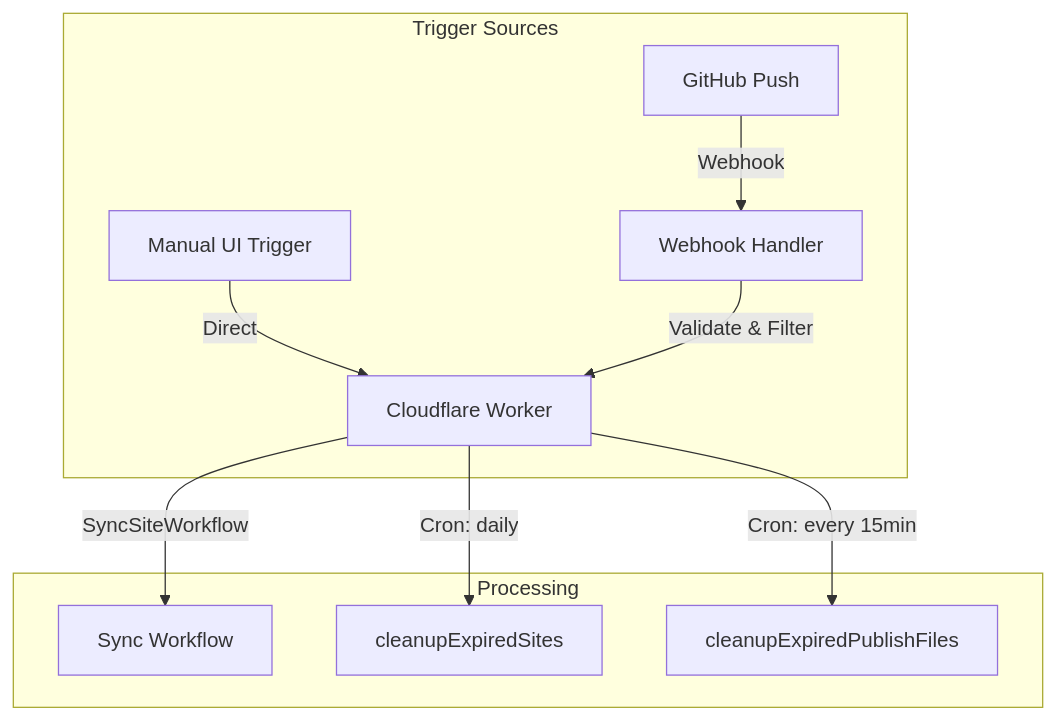
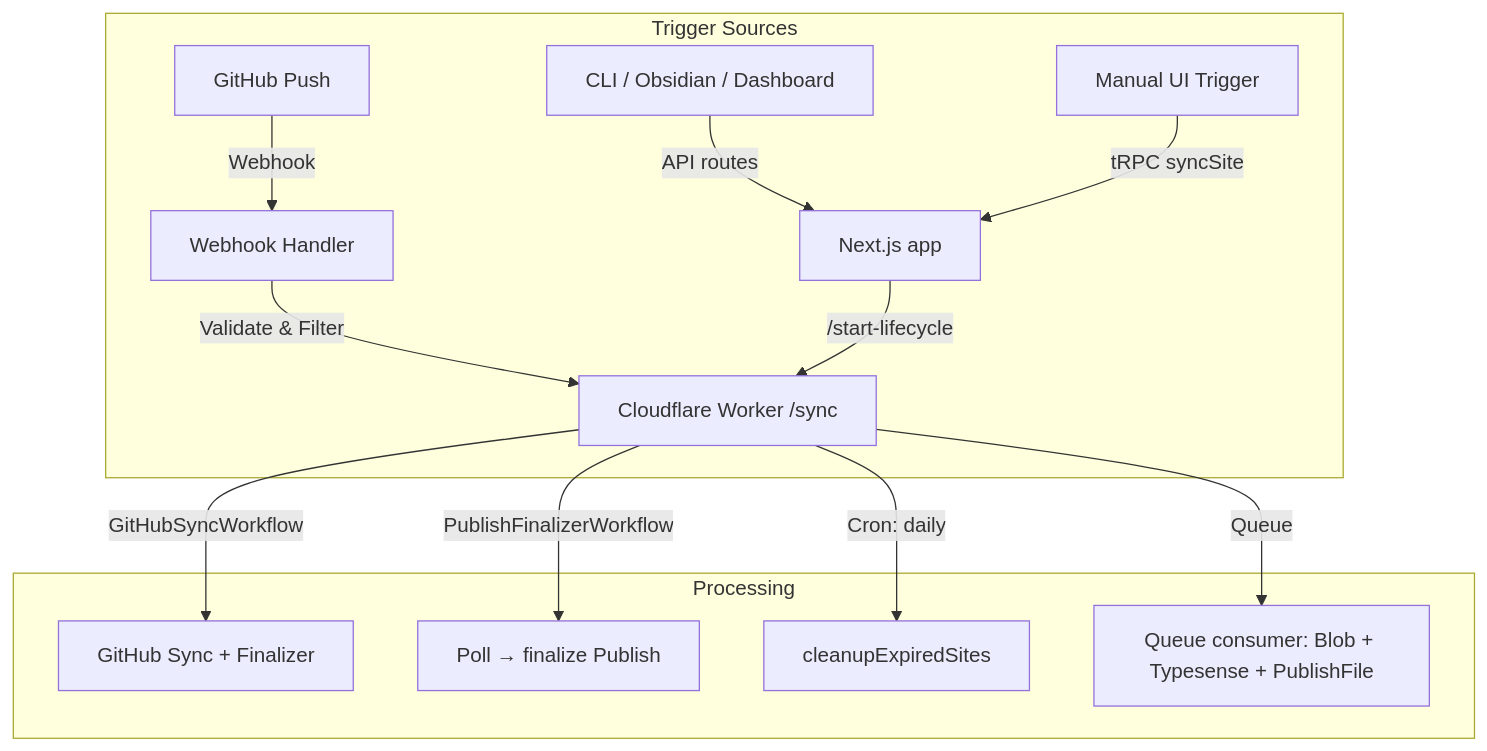
Before and after one commit to flowershow/flowershow: the diagram in apps/flowershow/README.md, drawn with Mermaid. The commit also changed other lines of this file, not shown here.

Commit message:
docs: update README for Cloudflare Workflows publish pipeline

````diff
--- a/apps/flowershow/README.md
+++ b/apps/flowershow/README.md
@@ -72,14 +63,17 @@
 ```mermaid
 graph TD
     subgraph "Trigger Sources"
         GH[GitHub Push] -->|Webhook| WH[Webhook Handler]
-        UI[Manual UI Trigger] -->|Direct| CW[Cloudflare Worker]
-        WH -->|Validate & Filter| CW
+        CLI[CLI / Obsidian / Dashboard] -->|API routes| NX[Next.js app]
+        UI[Manual UI Trigger] -->|tRPC syncSite| NX
+        WH -->|Validate & Filter| CW[Cloudflare Worker /sync]
+        NX -->|/start-lifecycle| CW
     end
 
     subgraph "Processing"
-        CW -->|SyncSiteWorkflow| SF[Sync Workflow]
+        CW -->|GitHubSyncWorkflow| SF[GitHub Sync + Finalizer]
+        CW -->|PublishFinalizerWorkflow| PF[Poll → finalize Publish]
         CW -->|Cron: daily| DF[cleanupExpiredSites]
-        CW -->|Cron: every 15min| PF[cleanupExpiredPublishFiles]
+        CW -->|Queue| QC[Queue consumer: Blob + Typesense + PublishFile]
     end
 ```
````
